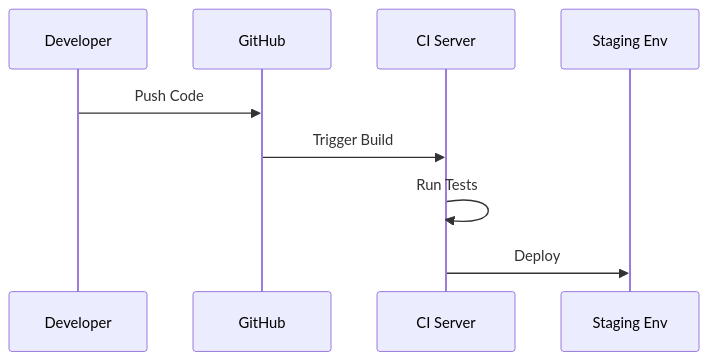
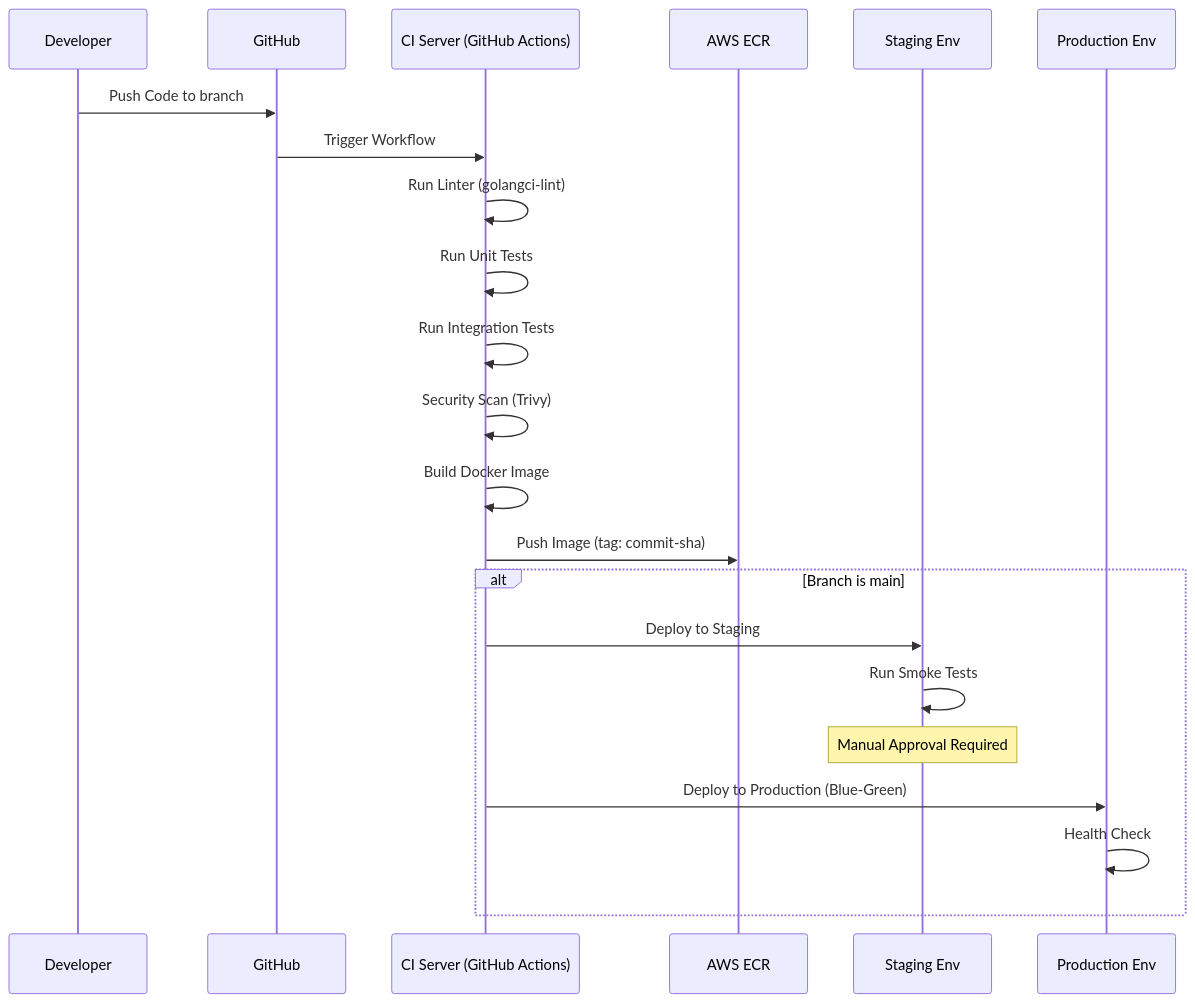
The third of 3 diagrams in templates/implements_design/003_アーキテクチャ設計書.md (RyukaST077/aidriven_template), drawn with Mermaid before and after one commit. The commit also changed other lines of this file and 4 other files, not shown here.

````diff
--- a/templates/implements_design/003_アーキテクチャ設計書.md
+++ b/templates/implements_design/003_アーキテクチャ設計書.md
@@ -95,11 +302,26 @@
 ```mermaid
 sequenceDiagram
     participant Dev as Developer
     participant Git as GitHub
-    participant CI as CI Server
-    participant Env as Staging Env
-    Dev->>Git: Push Code
-    Git->>CI: Trigger Build
-    CI->>CI: Run Tests
-    CI->>Env: Deploy
+    participant CI as CI Server (GitHub Actions)
+    participant ECR as AWS ECR
+    participant Stg as Staging Env
+    participant Prod as Production Env
+    
+    Dev->>Git: Push Code to branch
+    Git->>CI: Trigger Workflow
+    CI->>CI: Run Linter (golangci-lint)
+    CI->>CI: Run Unit Tests
+    CI->>CI: Run Integration Tests
+    CI->>CI: Security Scan (Trivy)
+    CI->>CI: Build Docker Image
+    CI->>ECR: Push Image (tag: commit-sha)
+    
+    alt Branch is main
+        CI->>Stg: Deploy to Staging
+        Stg->>Stg: Run Smoke Tests
+        Note over Stg: Manual Approval Required
+        CI->>Prod: Deploy to Production (Blue-Green)
+        Prod->>Prod: Health Check
+    end
 ```
````
